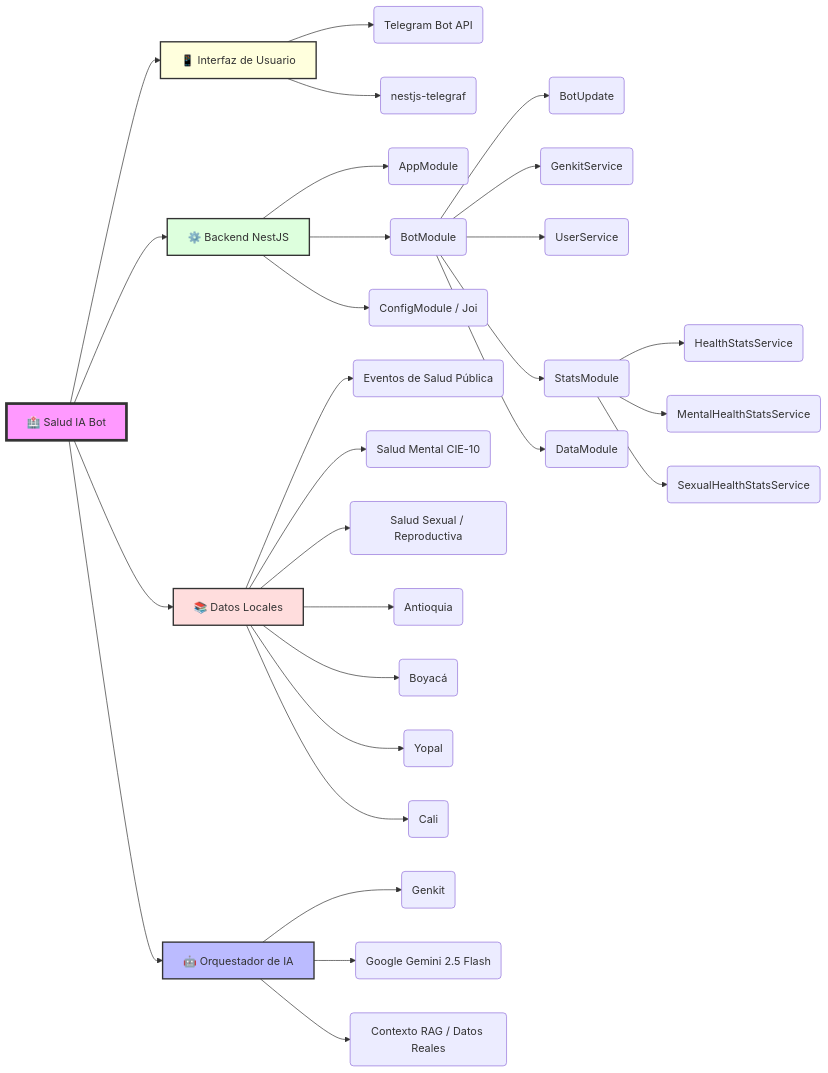
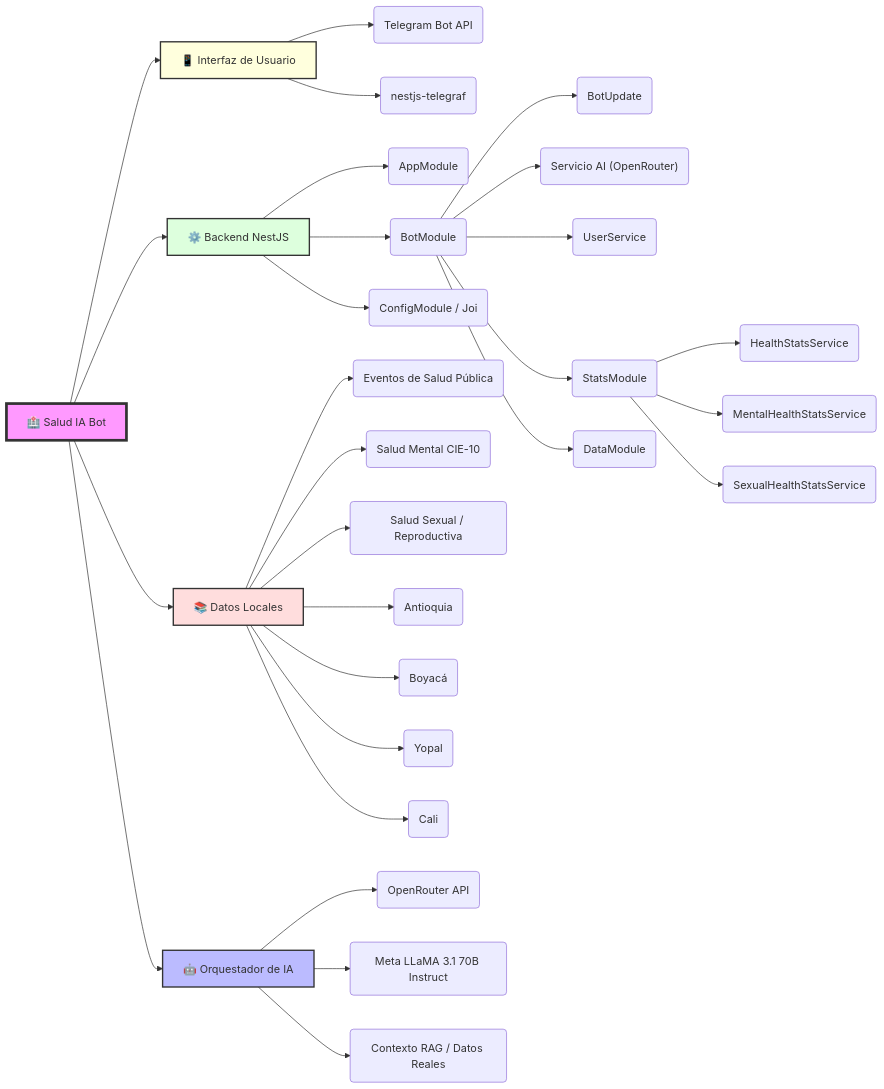
One commit to RubenDarioGuerreroNeira/Ecosistema-IA-Colombia changed the first of 2 diagrams in README.md. Above: the diagram before and after it, drawn with Mermaid. The commit also changed other lines of this file, not shown here.

Commit message:
docs: Actualizar README para reflejar el uso de OpenRouter y LLaMA en vez de Genkit y Gemini

````diff
--- a/README.md
+++ b/README.md
@@ -26,41 +25,41 @@
 ```mermaid
 graph LR
     Root["🏥 Salud IA Bot"] --> Interface["📱 Interfaz de Usuario"]
     Root --> Core["⚙️ Backend NestJS"]
     Root --> AI["🤖 Orquestador de IA"]
     Root --> Data["📚 Datos Locales"]
 
     Interface --> Telegram("Telegram Bot API")
     Interface --> Telegraf("nestjs-telegraf")
 
     Core --> AppModule("AppModule")
     Core --> BotModule("BotModule")
     Core --> Config("ConfigModule / Joi")
     BotModule --> BotUpdate("BotUpdate")
-    BotModule --> GenkitService("GenkitService")
+    BotModule --> GenkitService("Servicio AI (OpenRouter)")
     BotModule --> UserService("UserService")
     BotModule --> StatsModule("StatsModule")
     BotModule --> DataModule("DataModule")
 
     Data --> HealthData("Eventos de Salud Pública")
     Data --> MentalHealth("Salud Mental CIE-10")
     Data --> SexualHealth("Salud Sexual / Reproductiva")
     Data --> Antioquia("Antioquia")
     Data --> Boyaca("Boyacá")
     Data --> Yopal("Yopal")
     Data --> Cali("Cali")
 
     StatsModule --> HealthStats("HealthStatsService")
     StatsModule --> MentalHealthStats("MentalHealthStatsService")
     StatsModule --> SexualHealthStats("SexualHealthStatsService")
 
-    AI --> Genkit("Genkit")
-    AI --> Gemini("Google Gemini 2.5 Flash")
+    AI --> OpenRouter("OpenRouter API")
+    AI --> LLaMA("Meta LLaMA 3.1 70B Instruct")
     AI --> RAG("Contexto RAG / Datos Reales")
 
     style Root fill:#f9f,stroke:#333,stroke-width:4px
     style AI fill:#bbf,stroke:#333,stroke-width:2px
     style Core fill:#dfd,stroke:#333,stroke-width:2px
     style Interface fill:#ffd,stroke:#333,stroke-width:2px
     style Data fill:#fdd,stroke:#333,stroke-width:2px
 ```
````
